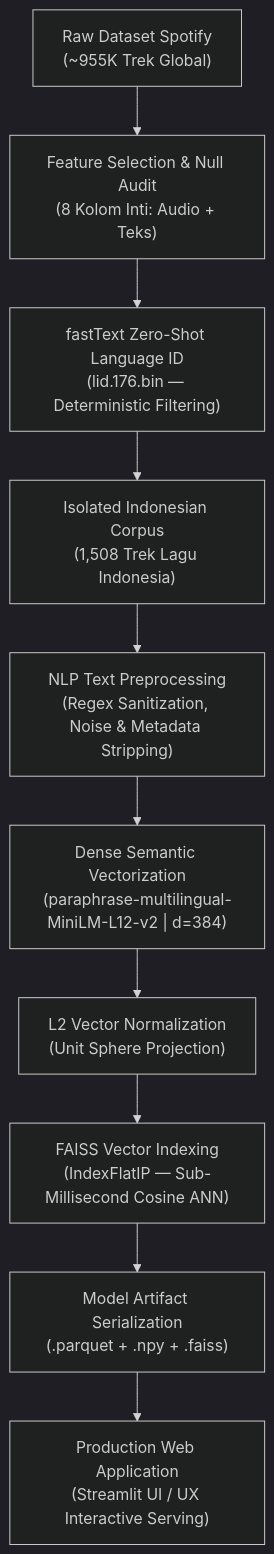
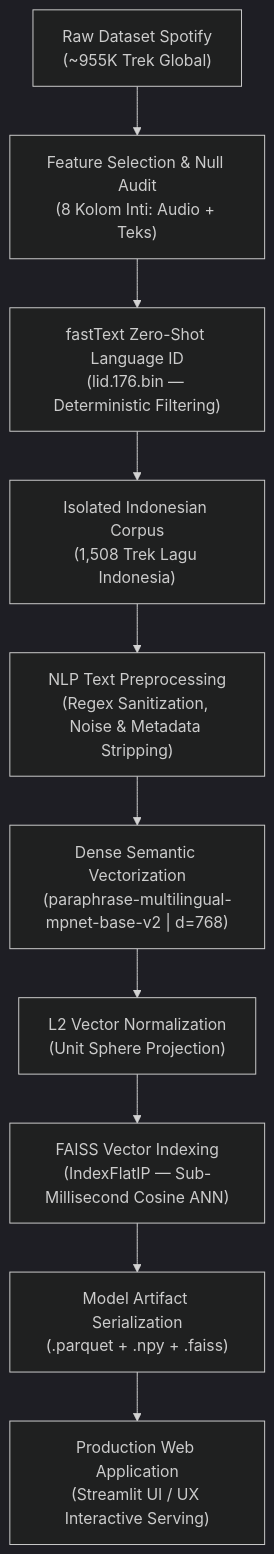
One commit to noorafaelhakimfaudka-droid/NadaFana changed the diagram in README.md. Above: the diagram before and after it, drawn with Mermaid (dark theme). The commit also changed other lines of this file and 7 other files, not shown here.

````diff
--- a/README.md
+++ b/README.md
@@ -25,12 +25,12 @@
 ```mermaid
 flowchart TD
     A["Raw Dataset Spotify<br>(~955K Trek Global)"] --> B["Feature Selection & Null Audit<br>(8 Kolom Inti: Audio + Teks)"]
     B --> C["fastText Zero-Shot Language ID<br>(lid.176.bin — Deterministic Filtering)"]
     C --> D["Isolated Indonesian Corpus<br>(1,508 Trek Lagu Indonesia)"]
     D --> E["NLP Text Preprocessing<br>(Regex Sanitization, Noise & Metadata Stripping)"]
-    E --> F["Dense Semantic Vectorization<br>(paraphrase-multilingual-MiniLM-L12-v2 | d=384)"]
+    E --> F["Dense Semantic Vectorization<br>(paraphrase-multilingual-mpnet-base-v2 | d=768)"]
     F --> G["L2 Vector Normalization<br>(Unit Sphere Projection)"]
     G --> H["FAISS Vector Indexing<br>(IndexFlatIP — Sub-Millisecond Cosine ANN)"]
     H --> I["Model Artifact Serialization<br>(.parquet + .npy + .faiss)"]
     I --> J["Production Web Application<br>(Streamlit UI / UX Interactive Serving)"]
 ```
````
